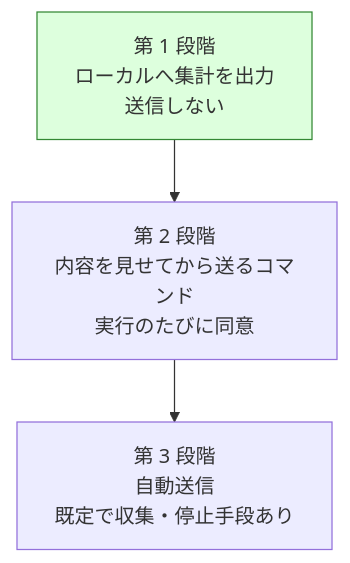
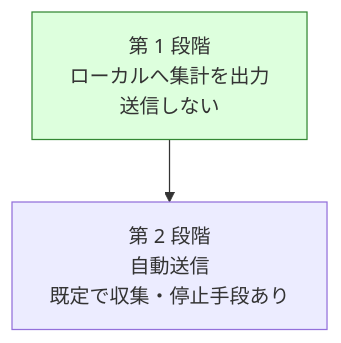
One commit to devbasex/ai-plugins changed the diagram in issues/issue-159-telemetry-and-oss-governance.md. Above: the diagram before and after it, drawn with Mermaid. The commit also changed other lines of this file, not shown here.

````diff
--- a/issues/issue-159-telemetry-and-oss-governance.md
+++ b/issues/issue-159-telemetry-and-oss-governance.md
@@ -81,7 +81,6 @@
 ```mermaid
 flowchart TD
-    P1["第 1 段階<br/>ローカルへ集計を出力<br/>送信しない"]:::now --> P2["第 2 段階<br/>内容を見せてから送るコマンド<br/>実行のたびに同意"]
-    P2 --> P3["第 3 段階<br/>自動送信<br/>既定で収集・停止手段あり"]
+    P1["第 1 段階<br/>ローカルへ集計を出力<br/>送信しない"]:::now --> P2["第 2 段階<br/>自動送信<br/>既定で収集・停止手段あり"]
 
     classDef now fill:#dfd,stroke:#383
 ```
````
